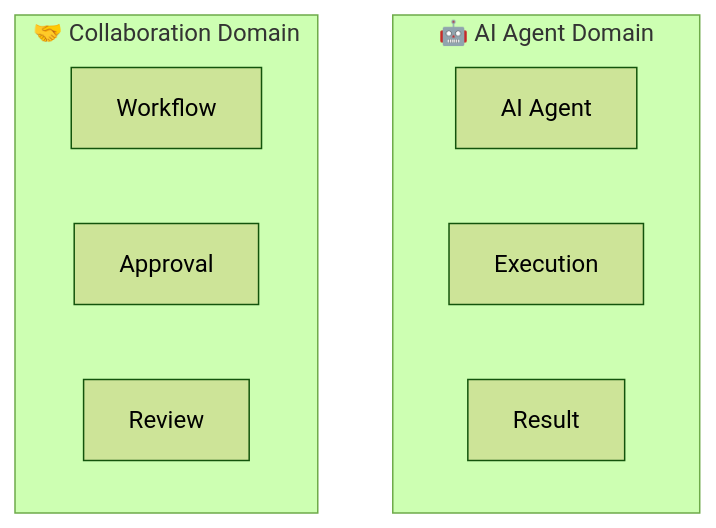
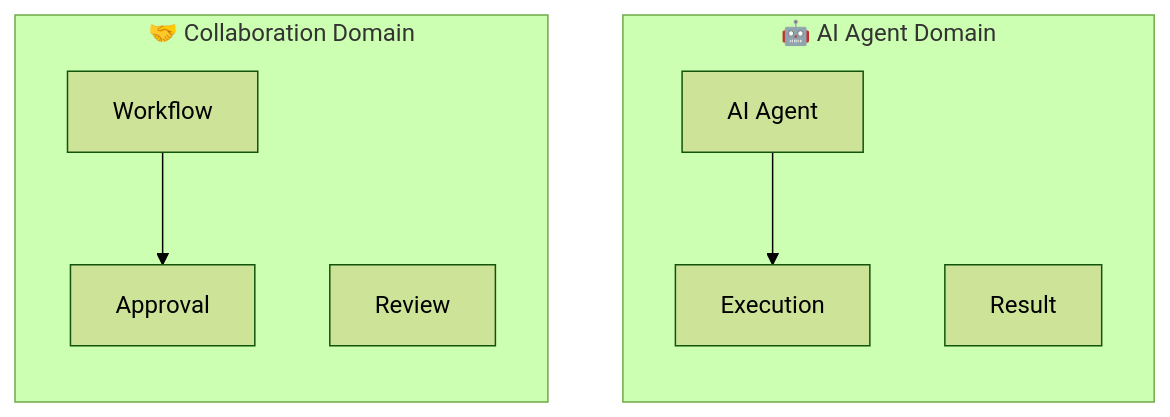
One commit to daichiTAAA/AgentOpsPlatform changed the second of 17 diagrams in docs/030000_設計/034000_アプリケーション設計/034010_ドメインモデル.md. Above: the diagram before and after it, drawn with Mermaid (forest theme). The commit also changed other lines of this file, not shown here.

````diff
--- a/docs/030000_設計/034000_アプリケーション設計/034010_ドメインモデル.md
+++ b/docs/030000_設計/034000_アプリケーション設計/034010_ドメインモデル.md
@@ -43,14 +48,19 @@
 ```mermaid
 graph TD
     subgraph "🤖 AI Agent Domain"
+        direction TB
         AGENT[AI Agent]
         EXEC[Execution]
         RESULT[Result]
     end
     
     subgraph "🤝 Collaboration Domain"
+        direction TB
         WORKFLOW[Workflow]
         APPROVAL[Approval]
         REVIEW[Review]
     end
+
+    AGENT --> EXEC
+    WORKFLOW --> APPROVAL
 ```
````
